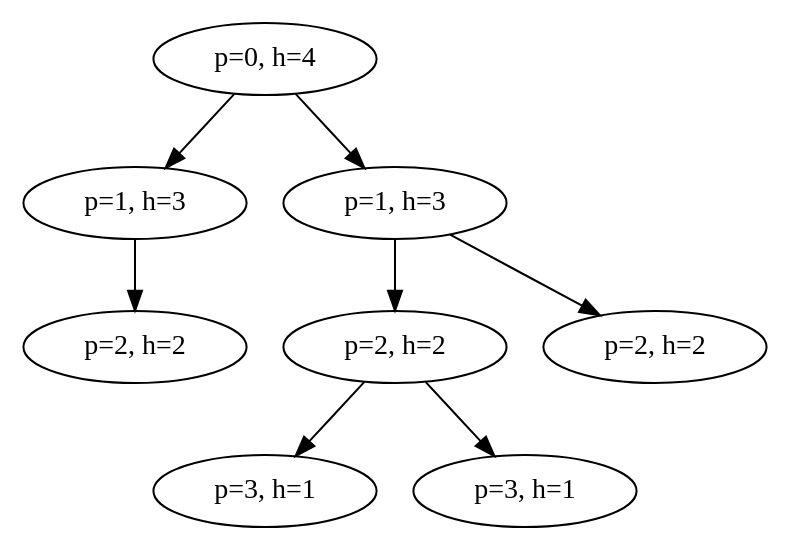
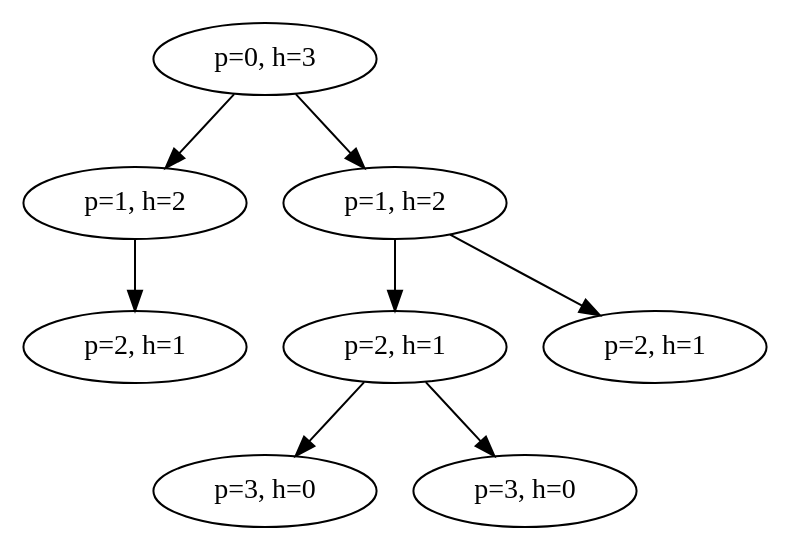
One commit to saintlouis29/coursNSI changed the diagram in Terminale/2_Structures_de_donnees/Arbre/img/heigh_depth.gv. Above: the diagram before and after it, drawn with Graphviz. The commit also changed 10 other files, not shown here.

```diff
--- a/Terminale/2_Structures_de_donnees/Arbre/img/heigh_depth.gv
+++ b/Terminale/2_Structures_de_donnees/Arbre/img/heigh_depth.gv
@@ -1,18 +1,18 @@
 // Hauteur et profondeur
 digraph {
-	A [label="p=0, h=4"]
-	B [label="p=1, h=3"]
-	C [label="p=1, h=3"]
-	D [label="p=2, h=2"]
-	E [label="p=2, h=2"]
-	F [label="p=2, h=2"]
-	G [label="p=3, h=1"]
-	H [label="p=3, h=1"]
+	A [label="p=0, h=3"]
+	B [label="p=1, h=2"]
+	C [label="p=1, h=2"]
+	D [label="p=2, h=1"]
+	E [label="p=2, h=1"]
+	F [label="p=2, h=1"]
+	G [label="p=3, h=0"]
+	H [label="p=3, h=0"]
 	A -> B
 	A -> C
 	B -> D
 	C -> E
 	C -> F
 	E -> G
 	E -> H
 }
```
